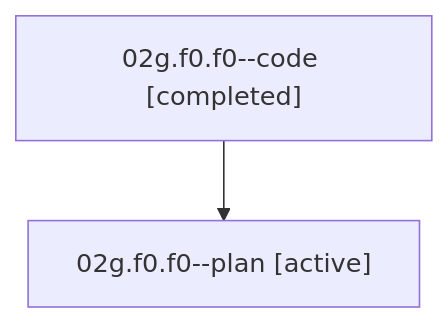
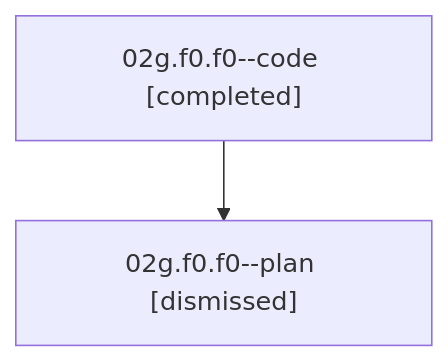
The diagram in sessions/bbugyi200.athena.02g.f0.f0.md (bobs-org/bob-cli--agents), drawn with Mermaid before and after one commit. The commit also changed other lines of this file and 27 other files, not shown here.

````diff
--- a/sessions/bbugyi200.athena.02g.f0.f0.md
+++ b/sessions/bbugyi200.athena.02g.f0.f0.md
@@ -9,6 +9,6 @@
 ```mermaid
 flowchart TD
   n0["02g.f0.f0--code [completed]"]
-  n1["02g.f0.f0--plan [active]"]
+  n1["02g.f0.f0--plan [dismissed]"]
   n0 --> n1
 ```
````
